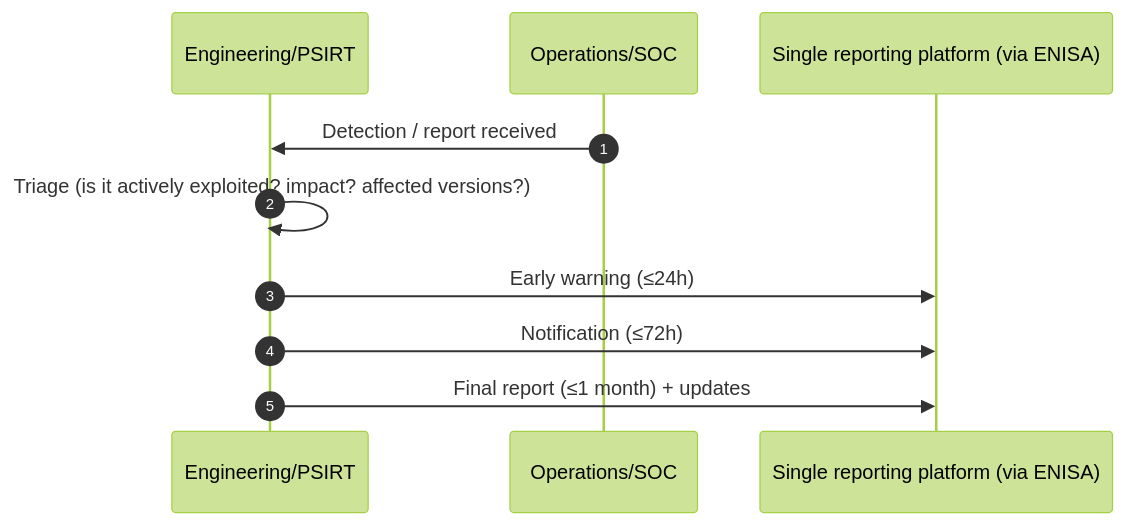
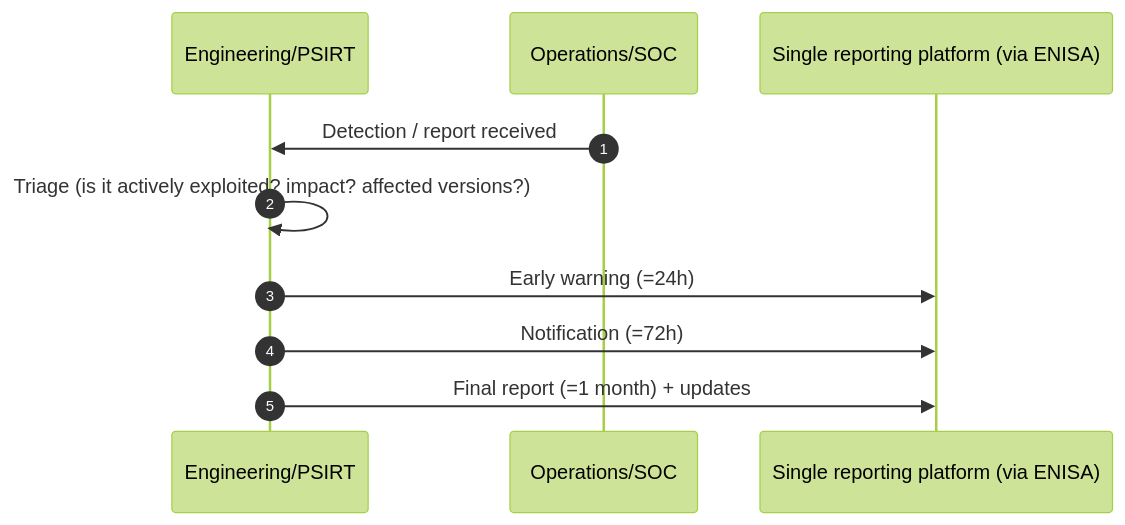
Before and after one commit to Ac6Embedded/apollo-docs: the second of 4 diagrams in docs/security/cra/timelines-and-enforcement.md, drawn with Mermaid (forest theme). The commit also changed other lines of this file and 68 other files, not shown here.

````diff
--- a/docs/security/cra/timelines-and-enforcement.md
+++ b/docs/security/cra/timelines-and-enforcement.md
@@ -66,12 +69,12 @@
 ```mermaid
 sequenceDiagram
     autonumber
     participant Dev as Engineering/PSIRT
     participant Ops as Operations/SOC
     participant Auth as Single reporting platform (via ENISA)
     Ops->>Dev: Detection / report received
     Dev->>Dev: Triage (is it actively exploited? impact? affected versions?)
-    Dev->>Auth: Early warning (≤24h)
-    Dev->>Auth: Notification (≤72h)
-    Dev->>Auth: Final report (≤1 month) + updates
+    Dev->>Auth: Early warning (=24h)
+    Dev->>Auth: Notification (=72h)
+    Dev->>Auth: Final report (=1 month) + updates
 ```
````
